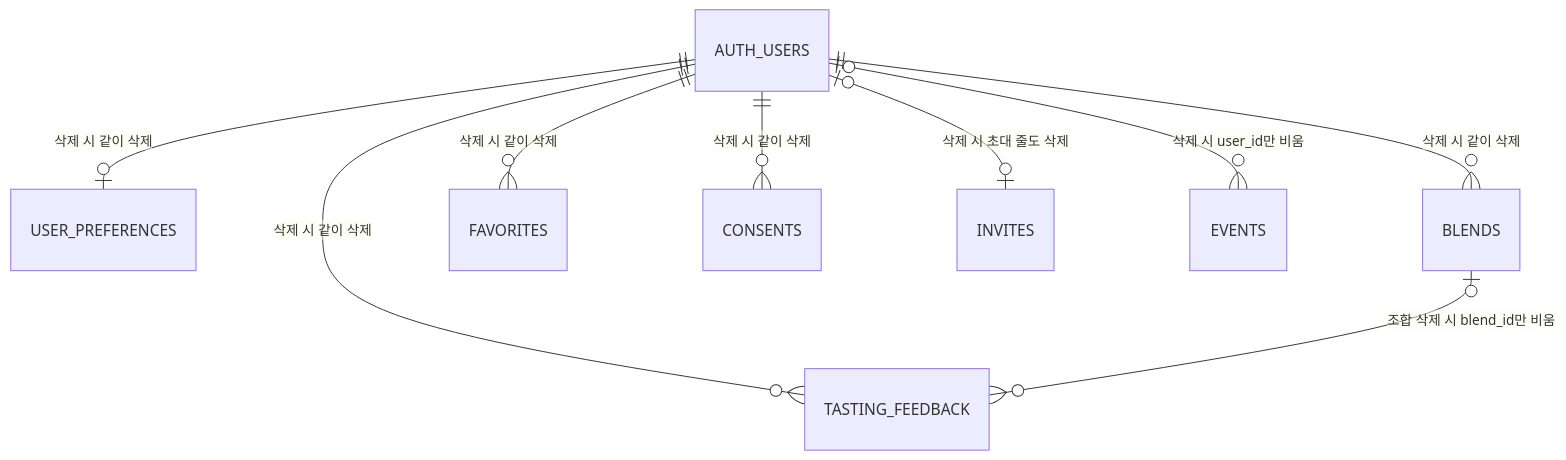
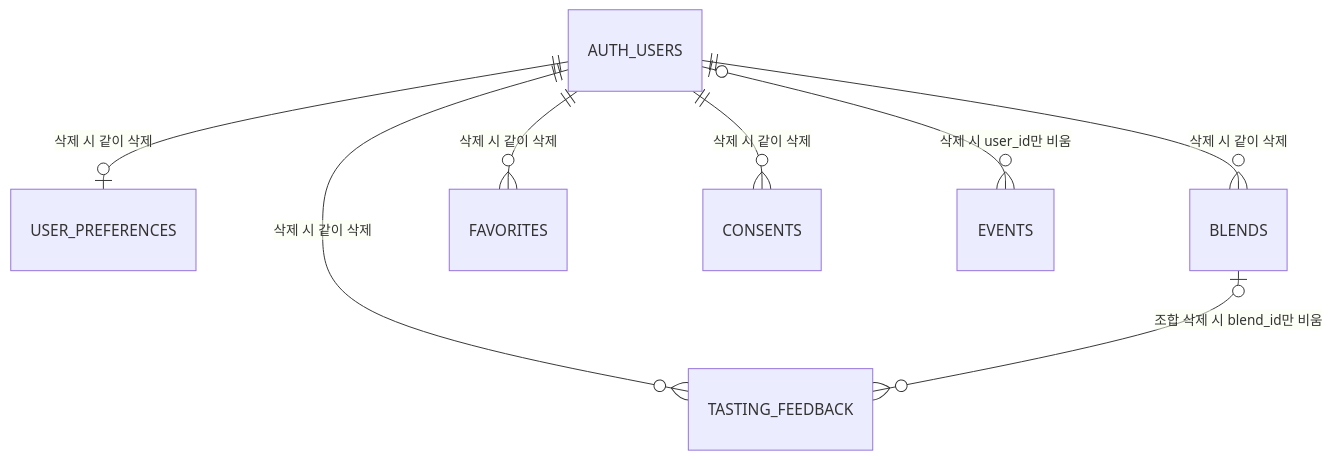
The diagram in apps/scent-studio/docs/db_design.md (junyeop3407/perfumer-lab), drawn with Mermaid before and after one commit. The commit also changed other lines of this file and 6 other files, not shown here.

````diff
--- a/apps/scent-studio/docs/db_design.md
+++ b/apps/scent-studio/docs/db_design.md
@@ -101,11 +89,10 @@
 ```mermaid
 erDiagram
   AUTH_USERS ||--o| USER_PREFERENCES : "삭제 시 같이 삭제"
   AUTH_USERS ||--o{ BLENDS : "삭제 시 같이 삭제"
   AUTH_USERS ||--o{ FAVORITES : "삭제 시 같이 삭제"
   AUTH_USERS ||--o{ TASTING_FEEDBACK : "삭제 시 같이 삭제"
   AUTH_USERS ||--o{ CONSENTS : "삭제 시 같이 삭제"
-  AUTH_USERS |o--o| INVITES : "삭제 시 초대 줄도 삭제"
   AUTH_USERS |o--o{ EVENTS : "삭제 시 user_id만 비움"
   BLENDS |o--o{ TASTING_FEEDBACK : "조합 삭제 시 blend_id만 비움"
 ```
````
